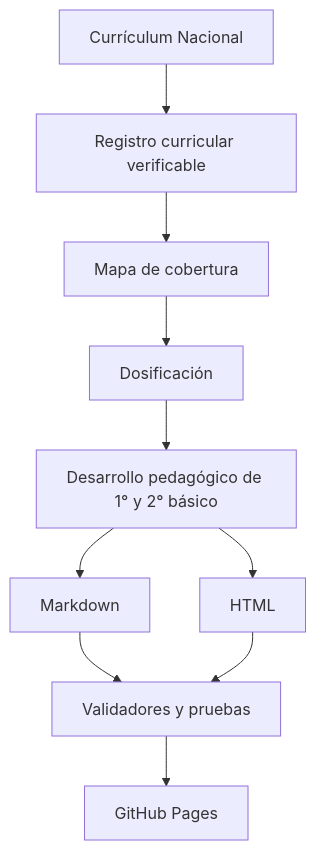
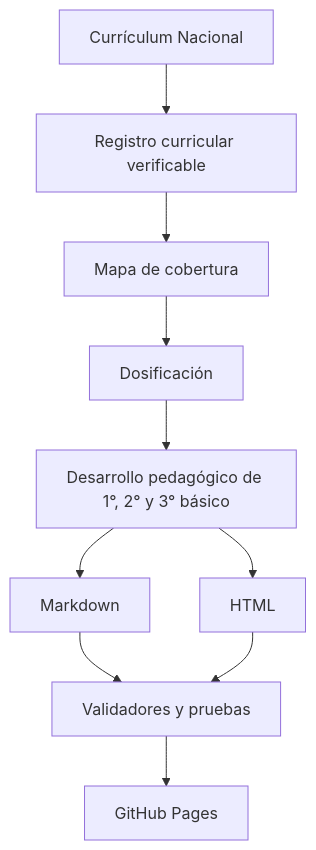
One commit to vladimiracunadev-create/chilean-school-learning-path changed the second of 2 diagrams in README.md. Above: the diagram before and after it, drawn with Mermaid. The commit also changed other lines of this file and 136 other files, not shown here.

````diff
--- a/README.md
+++ b/README.md
@@ -291,12 +312,12 @@
 ```mermaid
 flowchart TD
     A[Currículum Nacional] --> B[Registro curricular verificable]
     B --> C[Mapa de cobertura]
     C --> D[Dosificación]
-    D --> E[Desarrollo pedagógico de 1° y 2° básico]
+    D --> E[Desarrollo pedagógico de 1°, 2° y 3° básico]
     E --> F[Markdown]
     E --> G[HTML]
     F --> H[Validadores y pruebas]
     G --> H
     H --> I[GitHub Pages]
 ```
````
